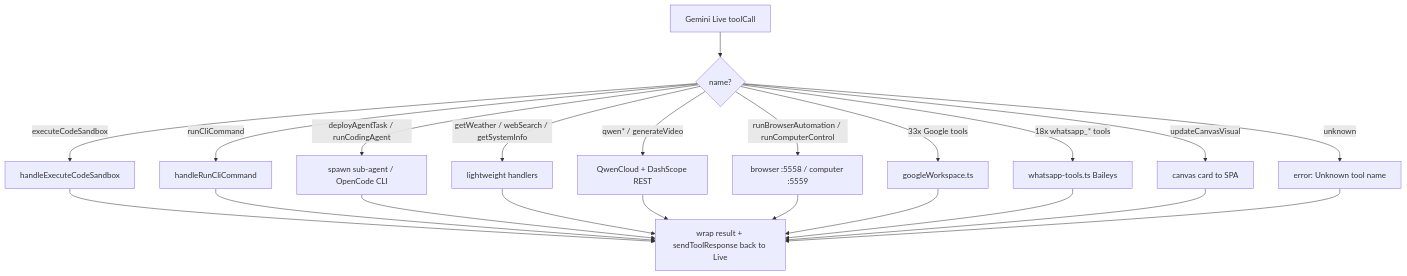
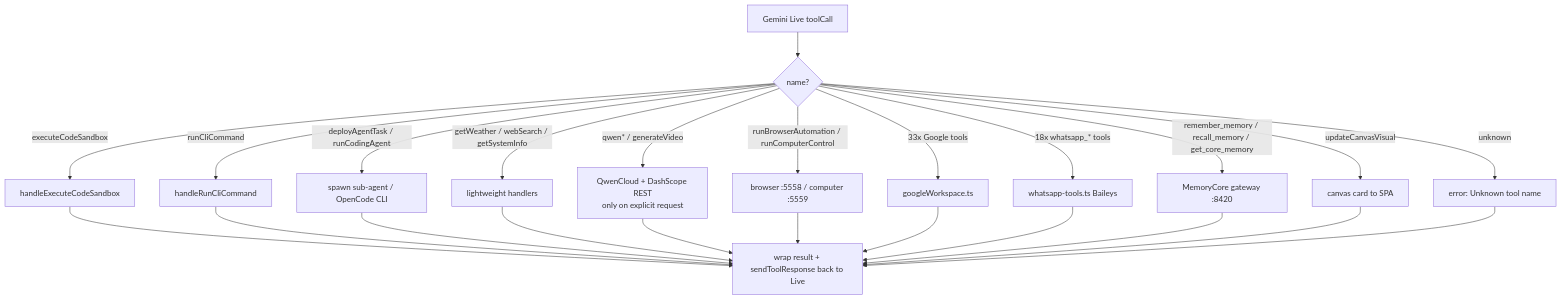
The third of 9 diagrams in APP_LOGIC.md (lovegold120221-dot/remix-beatrice-oss), drawn with Mermaid before and after one commit. The commit also changed other lines of this file and 21 other files, not shown here.

````diff
--- a/APP_LOGIC.md
+++ b/APP_LOGIC.md
@@ -68,24 +68,26 @@
 ```mermaid
 flowchart TD
     A[Gemini Live toolCall] --> B{name?}
     B -->|executeCodeSandbox| C[handleExecuteCodeSandbox]
     B -->|runCliCommand| D[handleRunCliCommand]
     B -->|deployAgentTask / runCodingAgent| E[spawn sub-agent / OpenCode CLI]
     B -->|getWeather / webSearch / getSystemInfo| F[lightweight handlers]
-    B -->|qwen* / generateVideo| G[QwenCloud + DashScope REST]
+    B -->|qwen* / generateVideo| G["QwenCloud + DashScope REST<br/>only on explicit request"]
     B -->|runBrowserAutomation / runComputerControl| H[browser :5558 / computer :5559]
     B -->|33x Google tools| I[googleWorkspace.ts]
     B -->|18x whatsapp_* tools| J[whatsapp-tools.ts Baileys]
+    B -->|remember_memory / recall_memory / get_core_memory| K2[MemoryCore gateway :8420]
     B -->|updateCanvasVisual| K[canvas card to SPA]
     B -->|unknown| L[error: Unknown tool name]
     C --> M[wrap result + sendToolResponse back to Live]
     D --> M
     E --> M
     F --> M
     G --> M
     H --> M
     I --> M
     J --> M
+    K2 --> M
     K --> M
     L --> M
 ```
````
